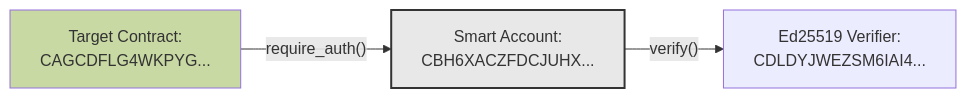
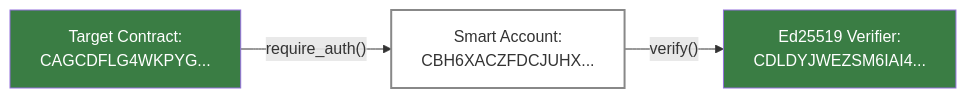
One commit to OpenZeppelin/docs changed the third of 3 diagrams in content/stellar-contracts/accounts/signers-and-verifiers.mdx. Above: the diagram before and after it, drawn with Mermaid. The commit also changed other lines of this file and 2 other files, not shown here.

Commit message:
mermaid colors and content

````diff
--- a/content/stellar-contracts/accounts/signers-and-verifiers.mdx
+++ b/content/stellar-contracts/accounts/signers-and-verifiers.mdx
@@ -392,13 +392,13 @@
 ```mermaid
 graph LR
     V[Ed25519 Verifier:</br>CDLDYJWEZSM6IAI4...]
     SA1[Smart Account:</br>CBH6XACZFDCJUHX...]
     TC[Target Contract:</br>CAGCDFLG4WKPYG...]
     
     TC --> |"require_auth()"| SA1
     SA1 --> |"verify()"| V
     
-    style V fill:#16D9AA1
-    style SA1 fill:#E8E8E8,stroke:#333,stroke-width:2px
-    style TC fill:#C8D9A3
+    style V fill:#3A7D44,color:#fff
+    style SA1 fill:transparent,stroke:#888,stroke-width:2px
+    style TC fill:#3A7D44,color:#fff
 ```
````
